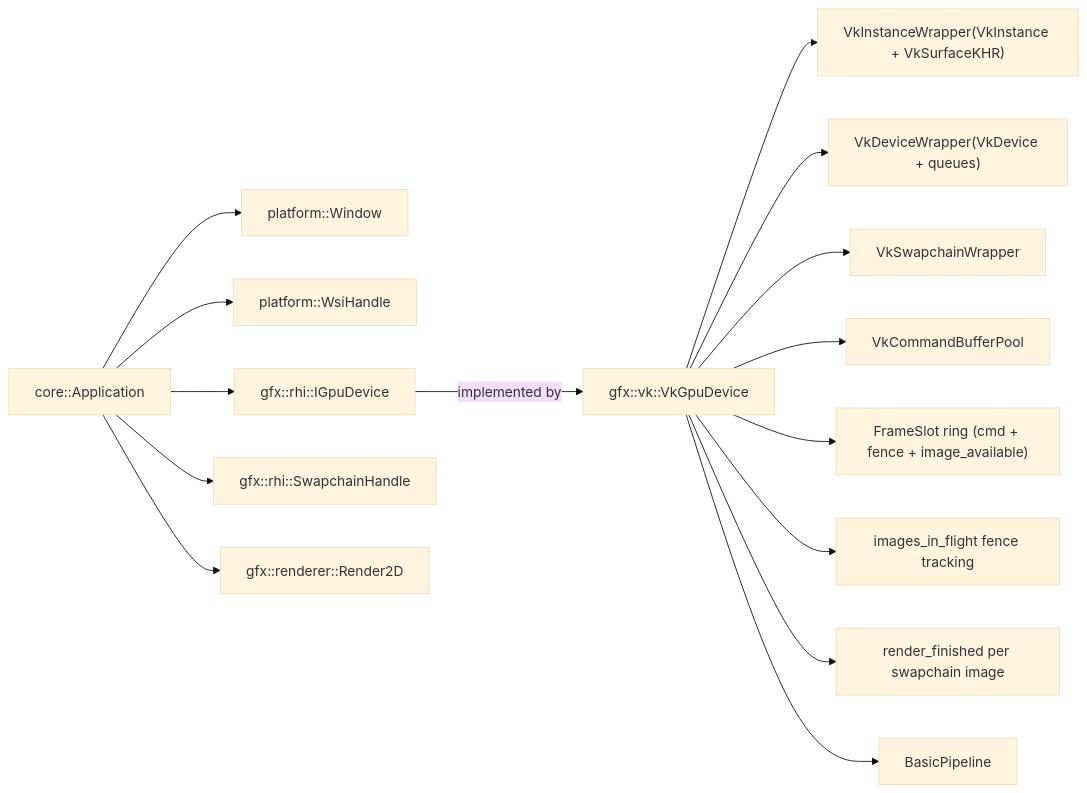
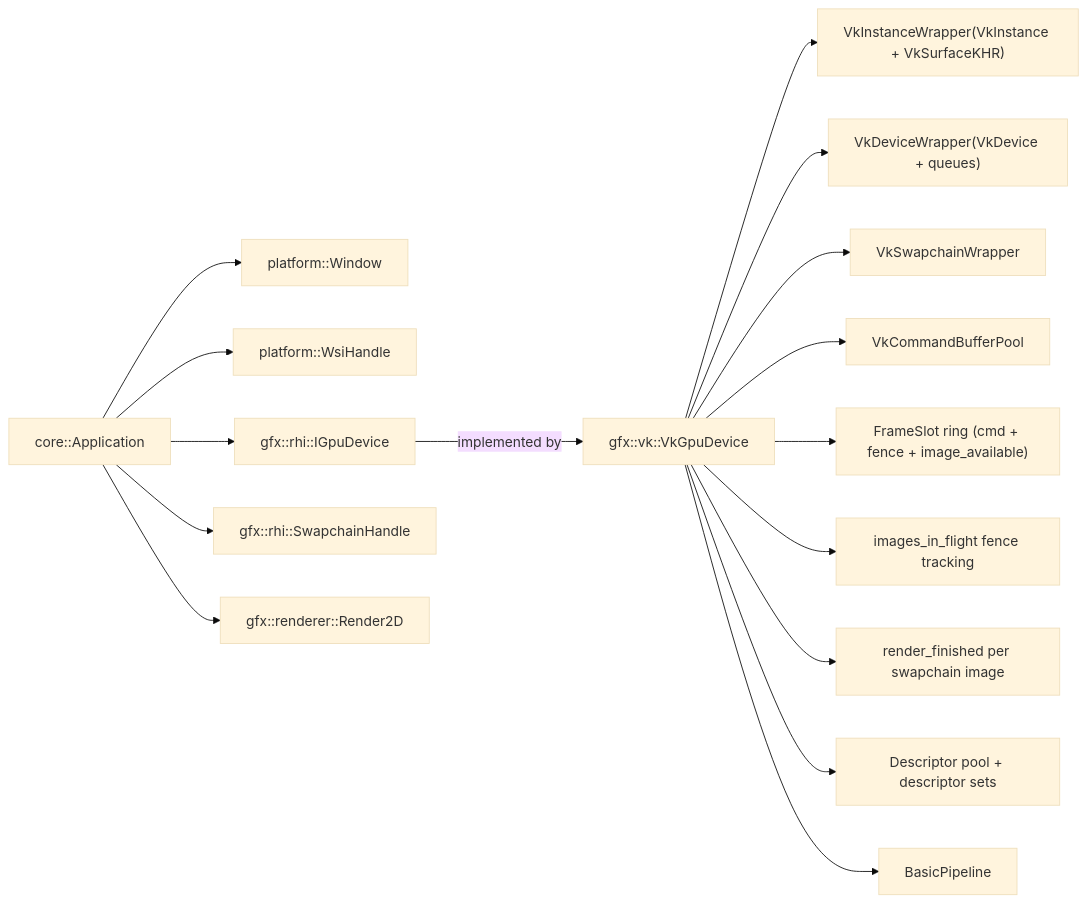
Before and after one commit to nduplessis11/strata: the diagram in docs/ARCHITECTURE.md, drawn with Mermaid (base theme). The commit also changed other lines of this file and 5 other files, not shown here.

Commit message:
Update docs and diagram. (#54)

````diff
--- a/docs/ARCHITECTURE.md
+++ b/docs/ARCHITECTURE.md
@@ -152,18 +153,19 @@
 ```mermaid
 flowchart LR
   A[core::Application] --> W[platform::Window]
   A --> WH[platform::WsiHandle]
   A --> D[gfx::rhi::IGpuDevice]
   A --> SC[gfx::rhi::SwapchainHandle]
   A --> R[gfx::renderer::Render2D]
 
   D -->|implemented by| VK[gfx::vk::VkGpuDevice]
   VK --> VKI["VkInstanceWrapper(VkInstance + VkSurfaceKHR)"]
   VK --> VKD["VkDeviceWrapper(VkDevice + queues)"]
   VK --> VKS[VkSwapchainWrapper]
   VK --> VKC[VkCommandBufferPool]
   VK --> VKF["FrameSlot ring (cmd + fence + image_available)"]
   VK --> VKIIF[images_in_flight fence tracking]
   VK --> VKRF[render_finished per swapchain image]
+  VK --> VKDS[Descriptor pool + descriptor sets]
   VK --> VKP[BasicPipeline]
 ```
````
